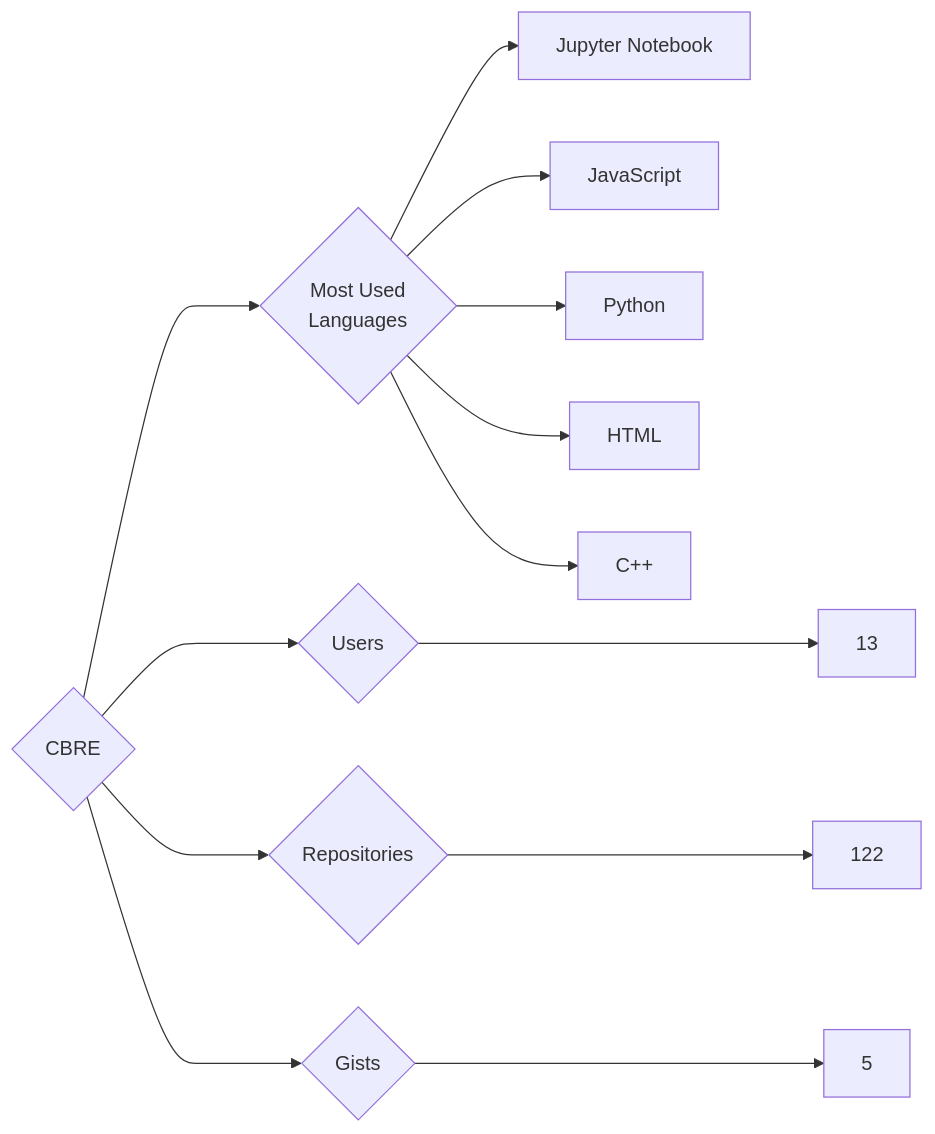
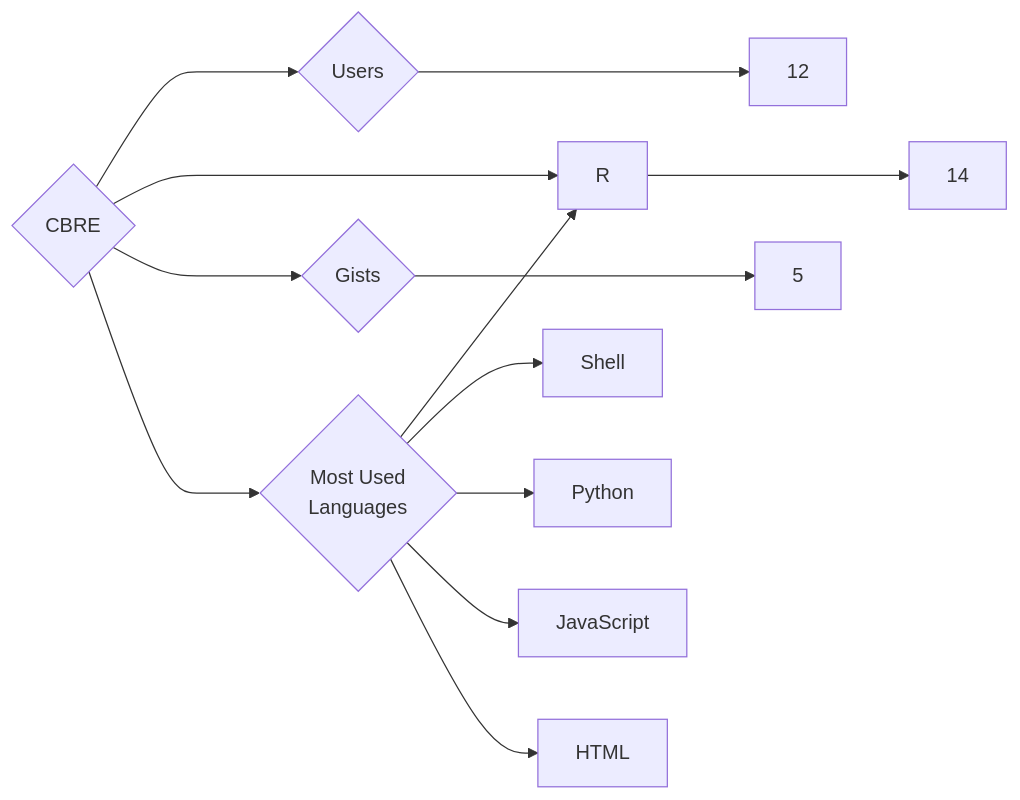
The diagram in targets/CBRE/README.md (trickest/insiders), drawn with Mermaid before and after one commit. The commit also changed 679 other files, not shown here.

````diff
--- a/targets/CBRE/README.md
+++ b/targets/CBRE/README.md
@@ -3,13 +3,13 @@
 ```mermaid
 graph LR
 COMPANY_NAME{CBRE}
-COMPANY_NAME ---> U{Users} ---> UN[13]
-COMPANY_NAME ---> R{Repositories} ---> RN[122]
+COMPANY_NAME ---> U{Users} ---> UN[12]
+COMPANY_NAME ---> R{Repositories} ---> RN[14]
 COMPANY_NAME ---> G{Gists} ---> GN[5]
 COMPANY_NAME ---> ML{Most Used<br>Languages}
-ML --> Jupyter_Notebook[Jupyter Notebook]
+ML --> R[R]
+ML --> Shell[Shell]
+ML --> Python[Python]
 ML --> JavaScript[JavaScript]
-ML --> Python[Python]
 ML --> HTML[HTML]
-ML --> C++[C++]
 ```
````
